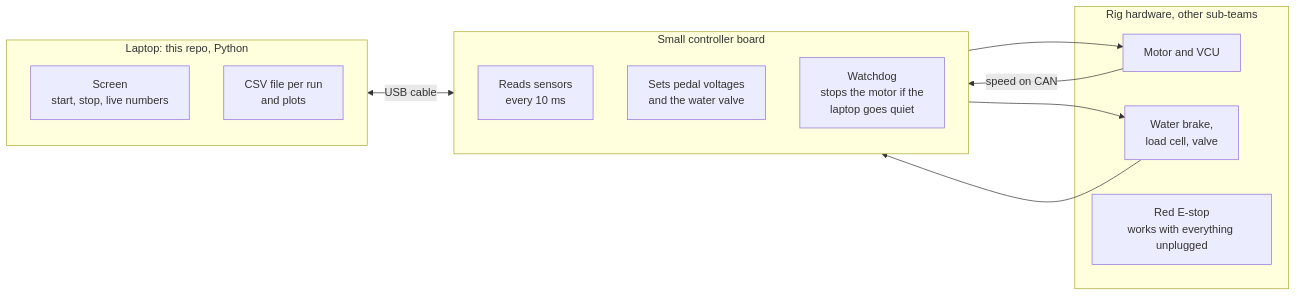
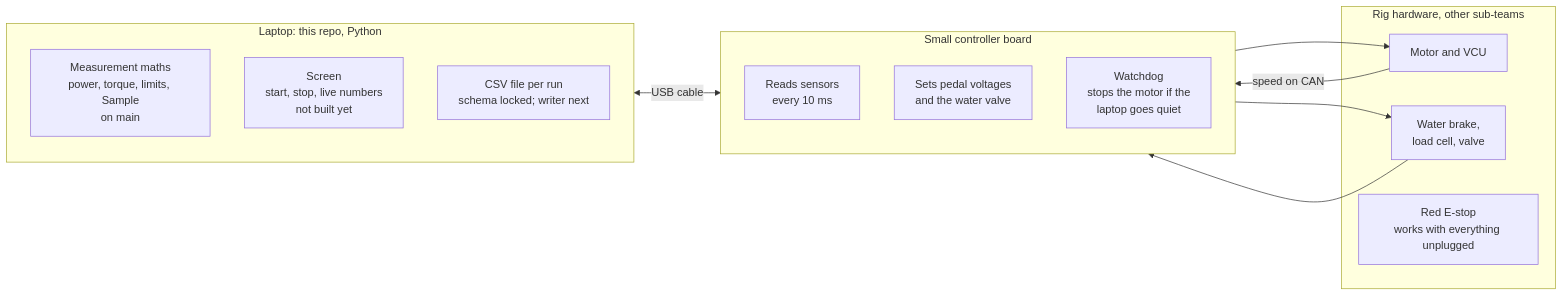
The diagram in docs/README.md (UBCO-Motorsports/Dyno-Project), drawn with Mermaid before and after one commit. The commit also changed other lines of this file and 4 other files, not shown here.

First line of the commit message:
docs: refresh architecture and timeline after landed PRs (#70)

````diff
--- a/docs/README.md
+++ b/docs/README.md
@@ -29,22 +29,23 @@
 ```mermaid
 flowchart LR
     subgraph laptop ["Laptop: this repo, Python"]
-        screen[Screen<br/>start, stop, live numbers]
-        files[CSV file per run<br/>and plots]
+        maths["Measurement maths<br/>power, torque, limits, Sample<br/>on main"]
+        screen[Screen<br/>start, stop, live numbers<br/>not built yet]
+        files[CSV file per run<br/>schema locked; writer next]
     end
     subgraph controller ["Small controller board"]
         loop[Reads sensors<br/>every 10 ms]
         out[Sets pedal voltages<br/>and the water valve]
         dog[Watchdog<br/>stops the motor if the<br/>laptop goes quiet]
     end
     subgraph rig ["Rig hardware, other sub-teams"]
         motor[Motor and VCU]
         brake[Water brake,<br/>load cell, valve]
         estop[Red E-stop<br/>works with everything unplugged]
     end
     laptop <-- USB cable --> controller
     controller --> motor
     controller --> brake
     brake --> controller
     motor -- speed on CAN --> controller
 ```
````
